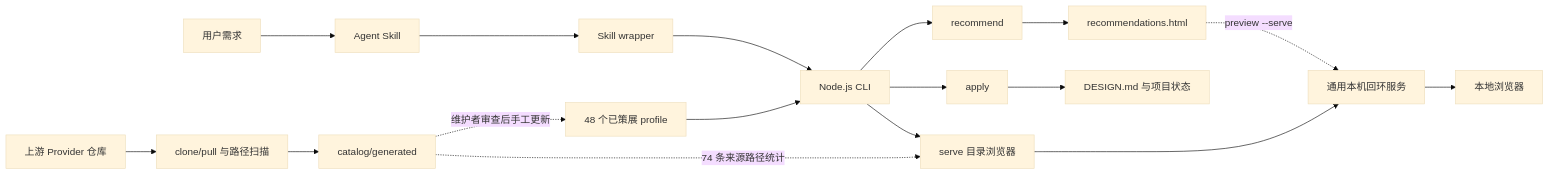
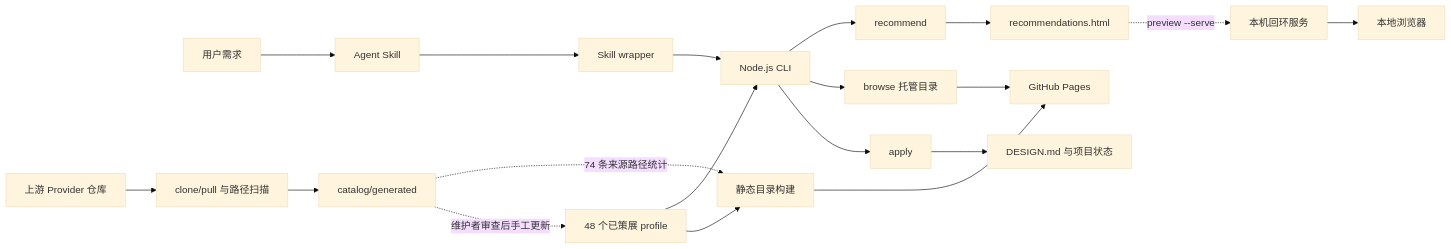
One commit to coconilu/ai-ui-style-director changed the diagram in docs/IMPLEMENTATION.zh-CN.md. Above: the diagram before and after it, drawn with Mermaid (base theme). The commit also changed other lines of this file and 22 other files, not shown here.

First line of the commit message:
feat: deploy catalog through GitHub Pages (#15)

````diff
--- a/docs/IMPLEMENTATION.zh-CN.md
+++ b/docs/IMPLEMENTATION.zh-CN.md
@@ -13,19 +13,21 @@
 ```mermaid
 flowchart LR
   U[用户需求] --> S[Agent Skill]
   S --> W[Skill wrapper]
   W --> C[Node.js CLI]
   K[48 个已策展 profile] --> C
   C --> R[recommend]
-  C --> B[serve 目录浏览器]
+  C --> B[browse 托管目录]
   C --> A[apply]
   R --> H[recommendations.html]
-  H -. preview --serve .-> L[通用本机回环服务]
-  B --> L
+  H -. preview --serve .-> L[本机回环服务]
   L --> V[本地浏览器]
+  K --> X[静态目录构建]
+  X --> GP[GitHub Pages]
+  B --> GP
   A --> D[DESIGN.md 与项目状态]
   P[上游 Provider 仓库] --> G[clone/pull 与路径扫描]
   G --> I[catalog/generated]
-  I -. 74 条来源路径统计 .-> B
+  I -. 74 条来源路径统计 .-> X
   I -. 维护者审查后手工更新 .-> K
 ```
````
